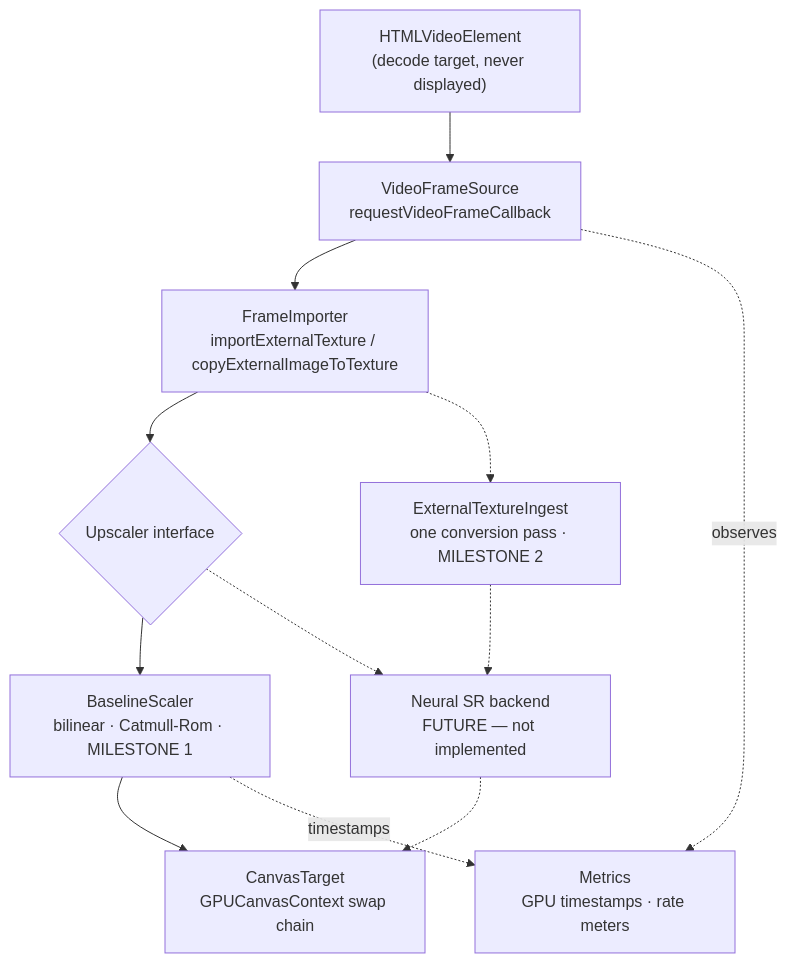
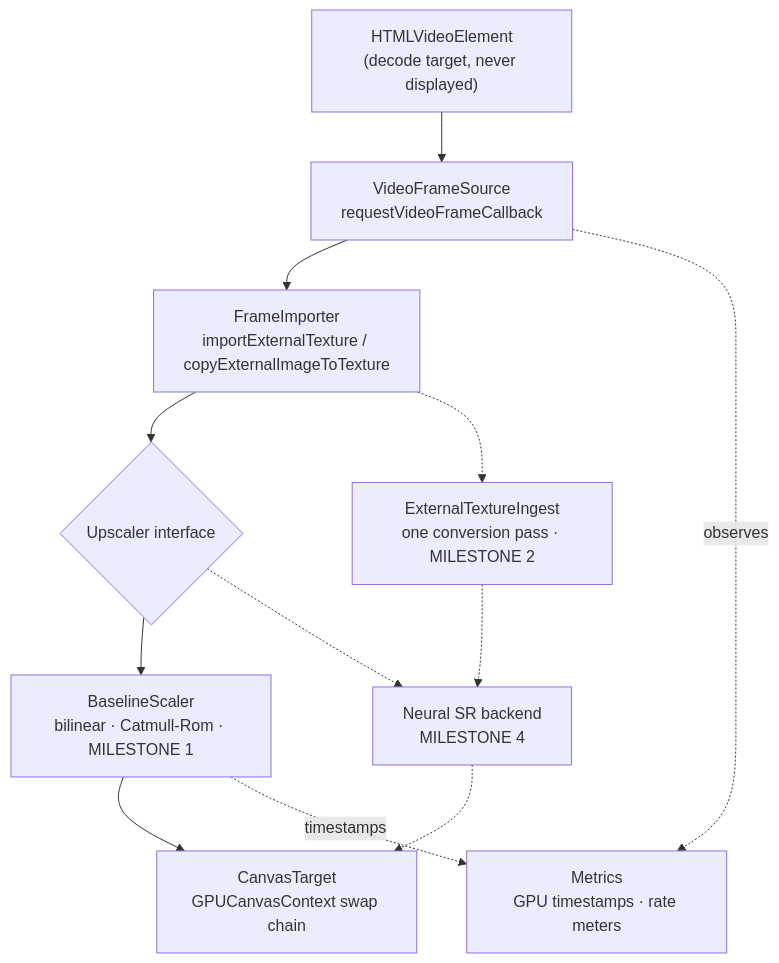
One commit to yassinsolim/AetherVSR changed the diagram in ARCHITECTURE.md. Above: the diagram before and after it, drawn with Mermaid. The commit also changed other lines of this file and 17 other files, not shown here.

````diff
--- a/ARCHITECTURE.md
+++ b/ARCHITECTURE.md
@@ -31,23 +31,23 @@
 ```mermaid
 flowchart TD
     V["HTMLVideoElement<br/>(decode target, never displayed)"]
     S["VideoFrameSource<br/>requestVideoFrameCallback"]
     I["FrameImporter<br/>importExternalTexture / copyExternalImageToTexture"]
     U{"Upscaler interface"}
     B["BaselineScaler<br/>bilinear · Catmull-Rom · MILESTONE 1"]
-    N["Neural SR backend<br/>FUTURE — not implemented"]
+    N["Neural SR backend<br/>MILESTONE 4"]
     C["CanvasTarget<br/>GPUCanvasContext swap chain"]
     M["Metrics<br/>GPU timestamps · rate meters"]
 
     G["ExternalTextureIngest<br/>one conversion pass · MILESTONE 2"]
 
     V --> S --> I --> U
     U --> B
     I -.-> G
     G -.-> N
     U -.-> N
     B --> C
     N -.-> C
     S -.observes.-> M
     B -.timestamps.-> M
 ```
````
